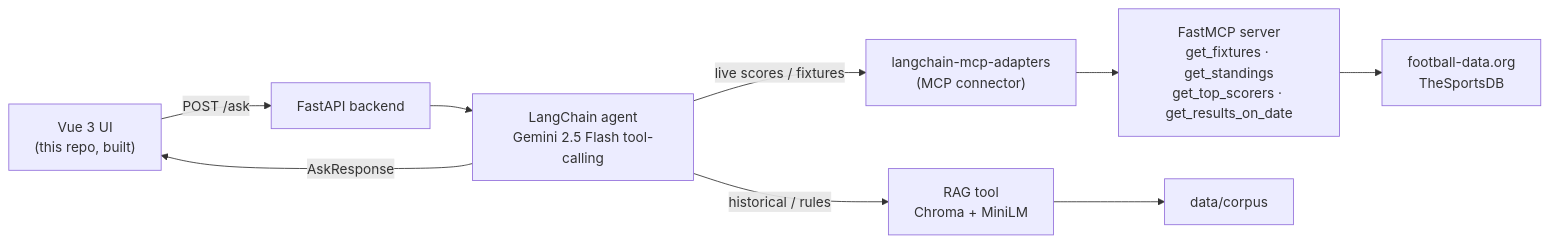
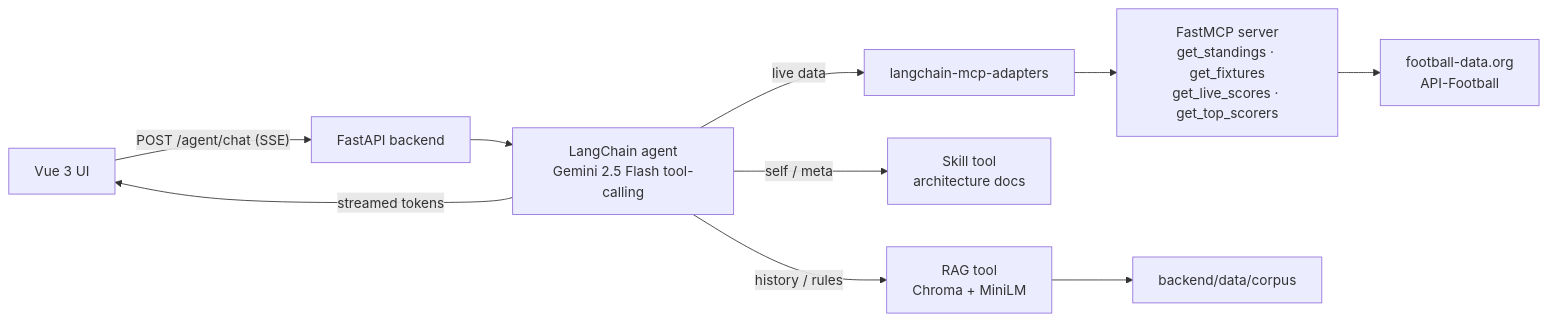
Before and after one commit to eazuman/worldcup-agent: the diagram in README.md, drawn with Mermaid. The commit also changed other lines of this file and 54 other files, not shown here.

````diff
--- a/README.md
+++ b/README.md
@@ -76,11 +45,12 @@
 ```mermaid
 flowchart LR
-    UI["Vue 3 UI<br/>(this repo, built)"] -- "POST /ask" --> API["FastAPI backend"]
+    UI["Vue 3 UI"] -- "POST /agent/chat (SSE)" --> API["FastAPI backend"]
     API --> AGENT["LangChain agent<br/>Gemini 2.5 Flash tool-calling"]
-    AGENT -- "historical / rules" --> RAG["RAG tool<br/>Chroma + MiniLM"]
-    AGENT -- "live scores / fixtures" --> ADAPTER["langchain-mcp-adapters<br/>(MCP connector)"]
-    ADAPTER --> MCP["FastMCP server<br/>get_fixtures · get_standings<br/>get_top_scorers · get_results_on_date"]
-    RAG --> CORPUS["data/corpus"]
-    MCP --> EXT["football-data.org<br/>TheSportsDB"]
-    AGENT -- "AskResponse" --> UI
+    AGENT -- "history / rules" --> RAG["RAG tool<br/>Chroma + MiniLM"]
+    AGENT -- "self / meta" --> SKILL["Skill tool<br/>architecture docs"]
+    AGENT -- "live data" --> ADAPTER["langchain-mcp-adapters"]
+    ADAPTER --> MCP["FastMCP server<br/>get_standings · get_fixtures<br/>get_live_scores · get_top_scorers"]
+    RAG --> CORPUS["backend/data/corpus"]
+    MCP --> EXT["football-data.org<br/>API-Football"]
+    AGENT -- "streamed tokens" --> UI
 ```
````
